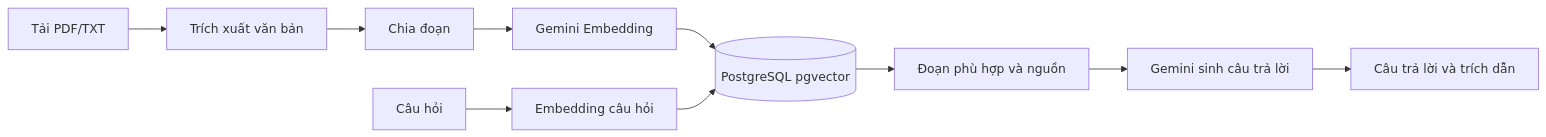
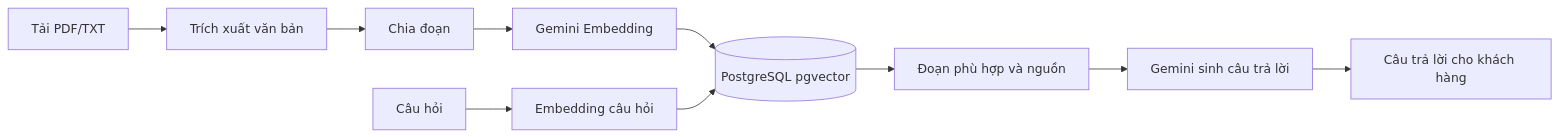
Before and after one commit to TinTran04/HSF302-Smartphone-AI: the second of 2 diagrams in USER_GUIDE.md, drawn with Mermaid. The commit also changed other lines of this file and 81 other files, not shown here.

````diff
--- a/USER_GUIDE.md
+++ b/USER_GUIDE.md
@@ -272,12 +282,12 @@
 ```mermaid
 flowchart LR
     A[Tải PDF/TXT] --> B[Trích xuất văn bản]
     B --> C[Chia đoạn]
     C --> D[Gemini Embedding]
     D --> E[(PostgreSQL pgvector)]
     Q[Câu hỏi] --> F[Embedding câu hỏi]
     F --> E
     E --> H[Đoạn phù hợp và nguồn]
     H --> G[Gemini sinh câu trả lời]
-    G --> R[Câu trả lời và trích dẫn]
+    G --> R[Câu trả lời cho khách hàng]
 ```
````
